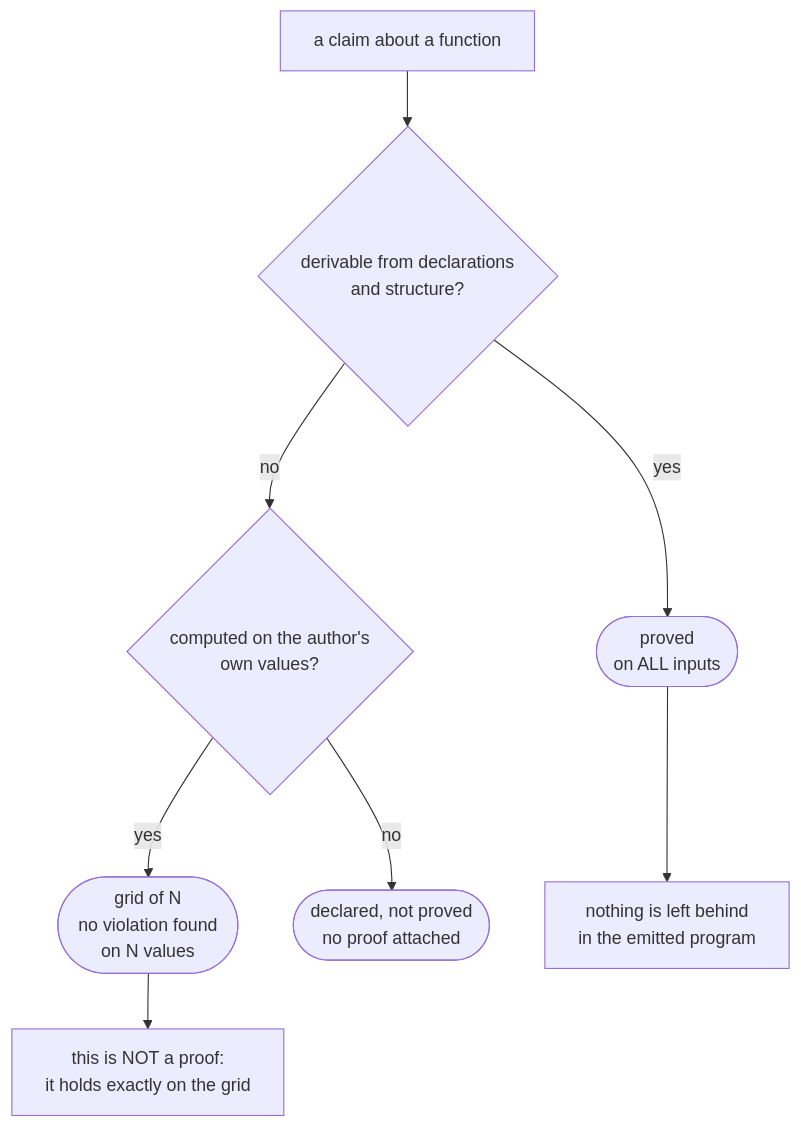
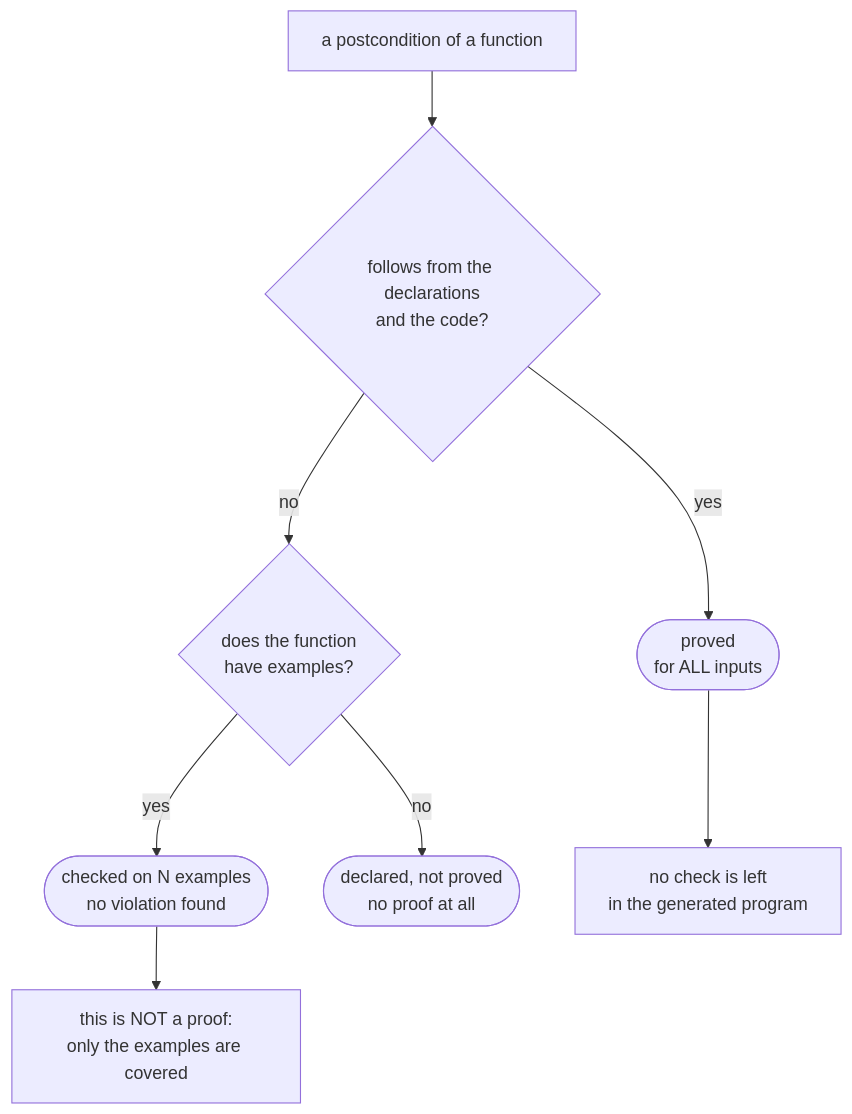
The diagram in docs/site/what-is-proved.md (MyWWWChat/flang), drawn with Mermaid before and after one commit. The commit also changed other lines of this file and 5 other files, not shown here.

First line of the commit message:
docs(site): rewrite the three proof pages in plain terms

````diff
--- a/docs/site/what-is-proved.md
+++ b/docs/site/what-is-proved.md
@@ -31,13 +26,13 @@
-```mermaid The kernel's three answers, and what each is worth
+```mermaid The three answers of the prover and what each is worth
 flowchart TD
-  A[a claim about a function] --> B{derivable from declarations<br>and structure?}
-  B -->|yes| C([proved<br>on ALL inputs])
-  B -->|no| D{computed on the author's<br>own values?}
-  D -->|yes| E([grid of N<br>no violation found<br>on N values])
-  D -->|no| F([declared, not proved<br>no proof attached])
-  C --> G[nothing is left behind<br>in the emitted program]
-  E --> H[this is NOT a proof:<br>it holds exactly on the grid]
+  A[a postcondition of a function] --> B{follows from the declarations<br>and the code?}
+  B -->|yes| C([proved<br>for ALL inputs])
+  B -->|no| D{does the function<br>have examples?}
+  D -->|yes| E([checked on N examples<br>no violation found])
+  D -->|no| F([declared, not proved<br>no proof at all])
+  C --> G[no check is left<br>in the generated program]
+  E --> H[this is NOT a proof:<br>only the examples are covered]
   class C vyvod
   class E glavnoe
   class F otkaz
 ```
````
